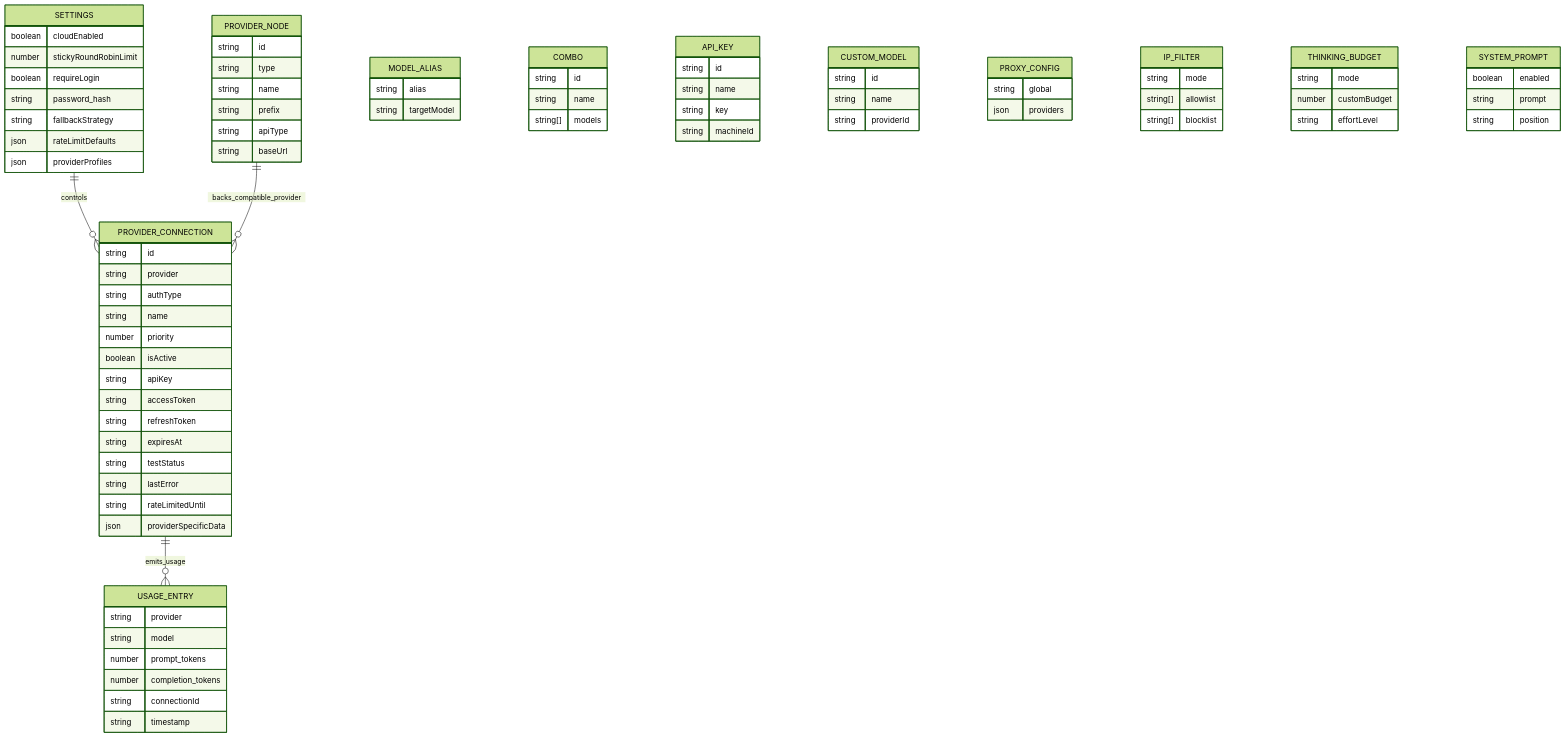
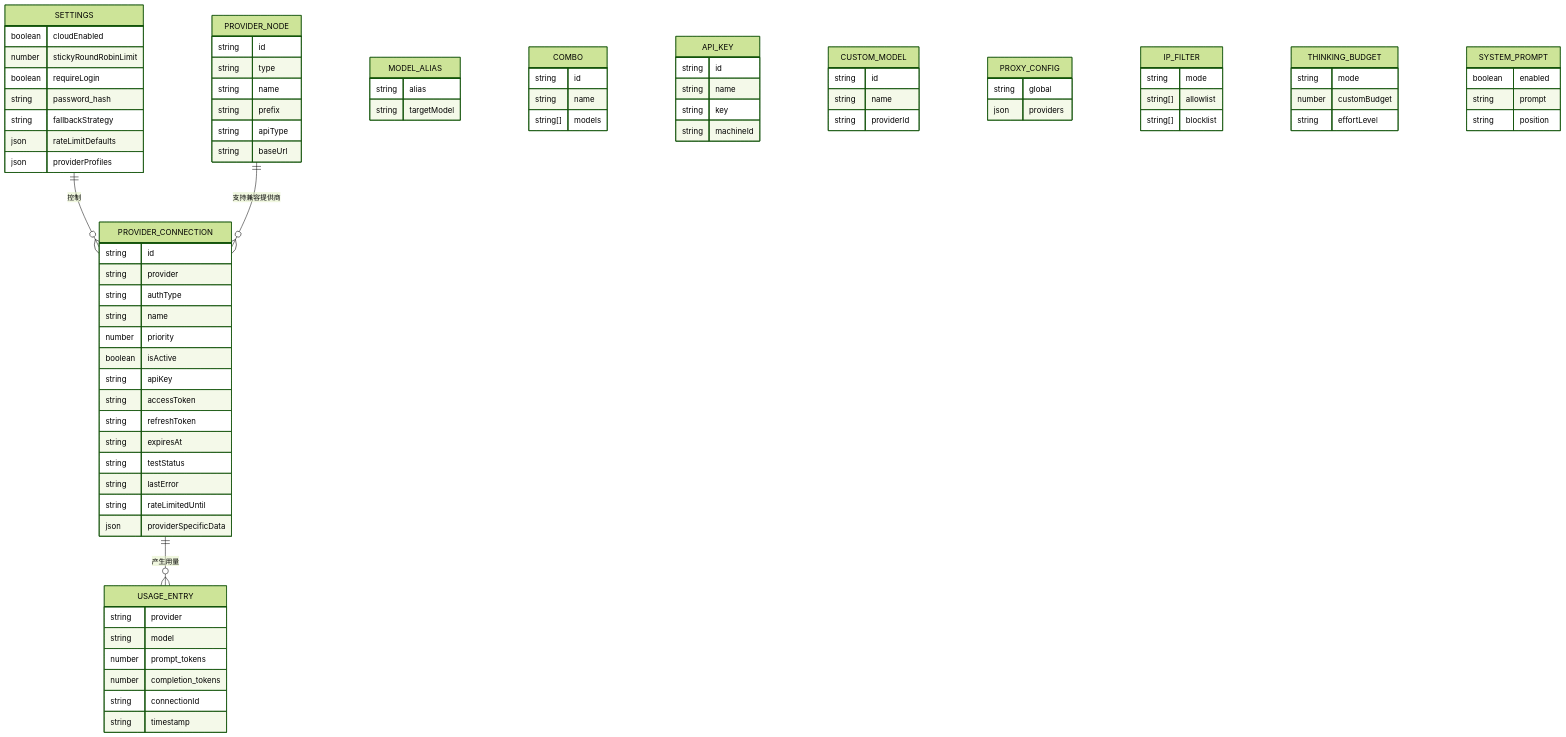
One commit to innotelinc/jesus changed the sixth of 7 diagrams in apps/omniroute/docs/i18n/zh-CN/ARCHITECTURE.md. Above: the diagram before and after it, drawn with Mermaid (forest theme). The commit also changed other lines of this file and 14 other files, not shown here.

````diff
--- a/apps/omniroute/docs/i18n/zh-CN/ARCHITECTURE.md
+++ b/apps/omniroute/docs/i18n/zh-CN/ARCHITECTURE.md
@@ -412,8 +429,8 @@
 ```mermaid
 erDiagram
-    SETTINGS ||--o{ PROVIDER_CONNECTION : controls
-    PROVIDER_NODE ||--o{ PROVIDER_CONNECTION : backs_compatible_provider
-    PROVIDER_CONNECTION ||--o{ USAGE_ENTRY : emits_usage
+    SETTINGS ||--o{ PROVIDER_CONNECTION : 控制
+    PROVIDER_NODE ||--o{ PROVIDER_CONNECTION : 支持兼容提供商
+    PROVIDER_CONNECTION ||--o{ USAGE_ENTRY : 产生用量
 
     SETTINGS {
       boolean cloudEnabled
````
